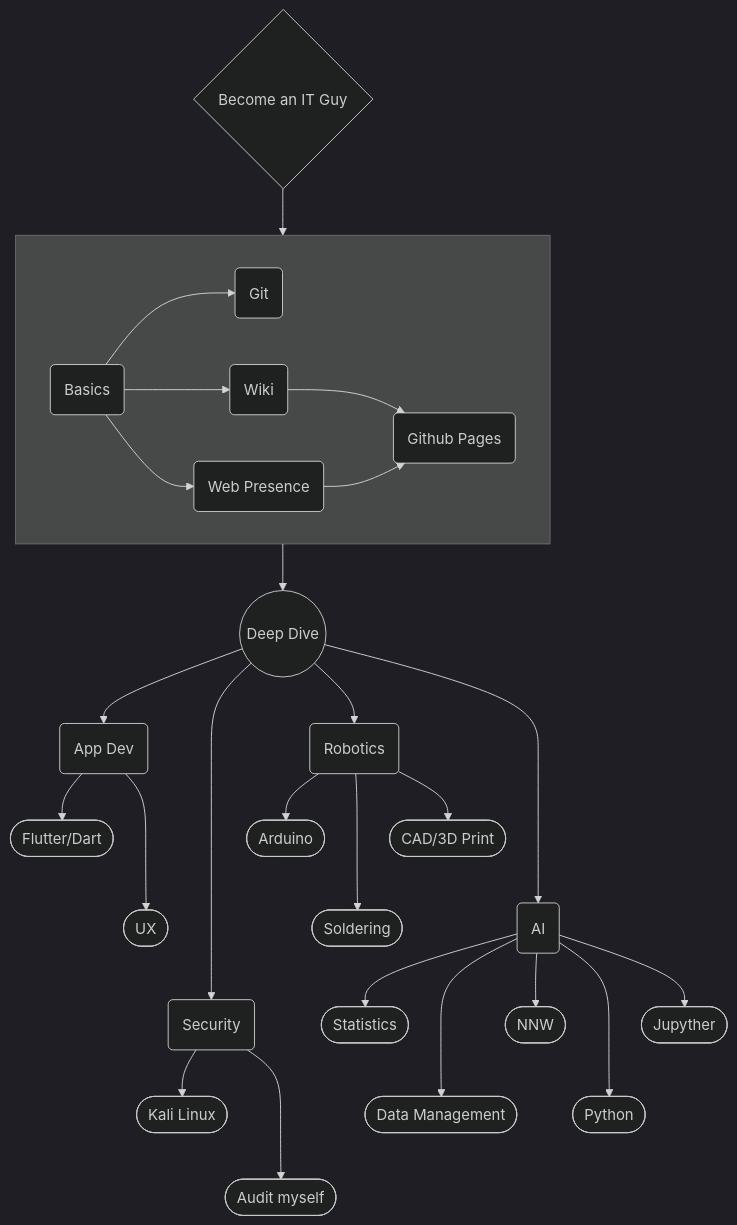
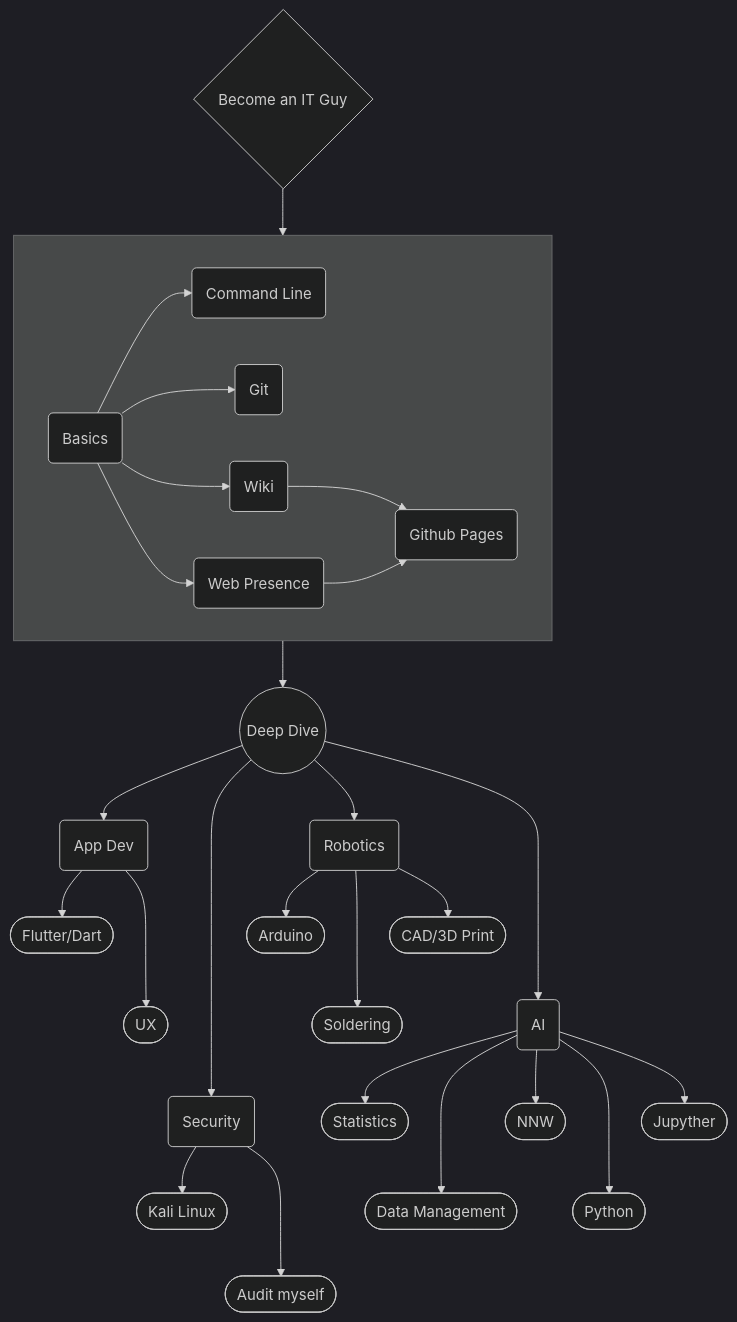
The diagram in _tabs/journey.md (EnduroTobi/EnduroTobi.github.io), drawn with Mermaid (dark theme) before and after one commit. The commit also changed 2 other files, not shown here.

Commit message:
Add tables command and add command line post

````diff
--- a/_tabs/journey.md
+++ b/_tabs/journey.md
@@ -7,35 +7,36 @@
 ```mermaid
 flowchart TD
     subgraph Basics [ ]
-    B(Basics) --> B1(Git)
+    B(Basics) --> B1(Command Line)
+    B --> B4(Git)
     B --> B2(Wiki)
     B --> B3(Web Presence)
     B2 --> B21(Github Pages)
     B3 --> B21
     end
 
     A{Become an IT Guy}
     A --> Basics(Web presence)
     Basics --> C((Deep Dive))
 
     C --> C1(App Dev)
     C -----> C2(Security)
     C --> C3(Robotics)
     C ----> C4(AI)
 
     C1 --> C11([Flutter/Dart])
     C1 ---> C12([UX])
 
     C2 --> C21([Kali Linux])
     C2 ---> C22([Audit myself])
 
     C3 --> C31([Arduino])
     C3 ---> C32([Soldering])
     C3 --> C33([CAD/3D Print])
 
     C4 --> C41([Statistics])
     C4 ---> C42([Data Management])
     C4 --> C43([NNW])
     C4 ---> C44([Python])
     C4 --> C45([Jupyther])
 ```
````
